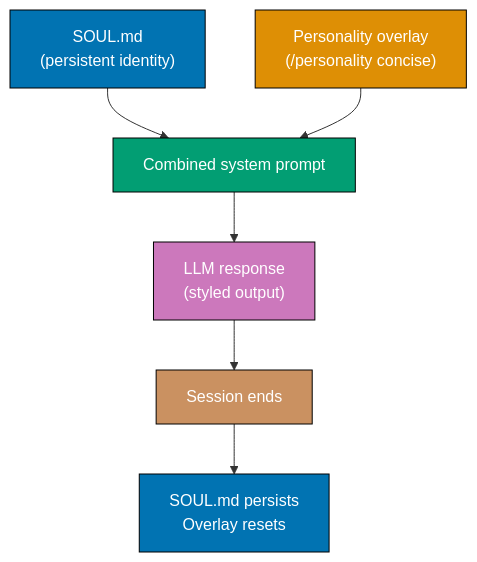
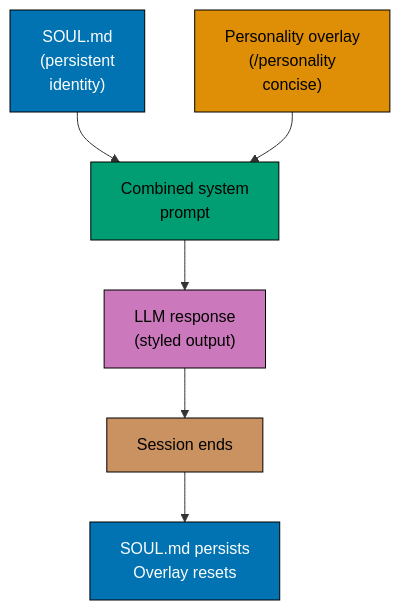
One commit to wahidyankf/ose-public changed the tenth of 14 diagrams in apps/ayokoding-www/content/en/learn/legacy/artificial-intelligence/tools/hermes-agent/by-example/advanced.md. Above: the diagram before and after it, drawn with Mermaid. The commit also changed other lines of this file and 50 other files, not shown here.

First line of the commit message:
fix(mermaid): bring the docs, governance, plans, and legacy AI diagrams onto the accessible palette

````diff
--- a/apps/ayokoding-www/content/en/learn/legacy/artificial-intelligence/tools/hermes-agent/by-example/advanced.md
+++ b/apps/ayokoding-www/content/en/learn/legacy/artificial-intelligence/tools/hermes-agent/by-example/advanced.md
@@ -1513,21 +1583,29 @@
 ```mermaid
 %% Color Palette: Blue #0173B2, Orange #DE8F05, Teal #029E73, Purple #CC78BC, Brown #CA9161
 graph TD
-    A["SOUL.md<br/>(persistent identity)"]
-    B["Personality overlay<br/>(/personality concise)"]
-    C["Combined system prompt"]
+    accTitle: Example 73: Personality System
+    accDescr: Graph with 6 nodes and 5 connections. Nodes: SOUL.md (persistent identity), Personality overlay (/personality concise), Combined system prompt, LLM response (styled output), Session ends, SOUL.md persists Overlay resets. Connections: SOUL.md (persistent identity) to Combined system prompt, Personality overlay (/personality concise) to Combined system prompt, Combined system prompt to LLM response (styled output), LLM response (styled output) to Session ends, Session ends to SOUL.md persists Overlay resets.
+    A["SOUL.md<br/>(persistent<br/>identity)"]
+    B["Personality overlay<br/>(/personality<br/>concise)"]
+    C["Combined system<br/>prompt"]
     D["LLM response<br/>(styled output)"]
     E["Session ends"]
     F["SOUL.md persists<br/>Overlay resets"]
 
     A --> C
     B --> C
     C --> D --> E --> F
 
-    style A fill:#0173B2,stroke:#000,color:#fff
-    style B fill:#DE8F05,stroke:#000,color:#fff
-    style C fill:#029E73,stroke:#000,color:#fff
-    style D fill:#CC78BC,stroke:#000,color:#fff
-    style E fill:#CA9161,stroke:#000,color:#fff
-    style F fill:#0173B2,stroke:#000,color:#fff
+    classDef pal-0173B2 fill:#0173B2,stroke:#000000,color:#FFFFFF
+    class A pal-0173B2
+    classDef pal-DE8F05 fill:#DE8F05,stroke:#000000,color:#000000
+    class B pal-DE8F05
+    classDef pal-029E73 fill:#029E73,stroke:#000000,color:#000000
+    class C pal-029E73
+    classDef pal-CC78BC fill:#CC78BC,stroke:#000000,color:#000000
+    class D pal-CC78BC
+    classDef pal-CA9161 fill:#CA9161,stroke:#000000,color:#000000
+    class E pal-CA9161
+    class F pal-0173B2
+    classDef default fill:#FFFFFF,stroke:#000000,color:#000000
 ```
````
